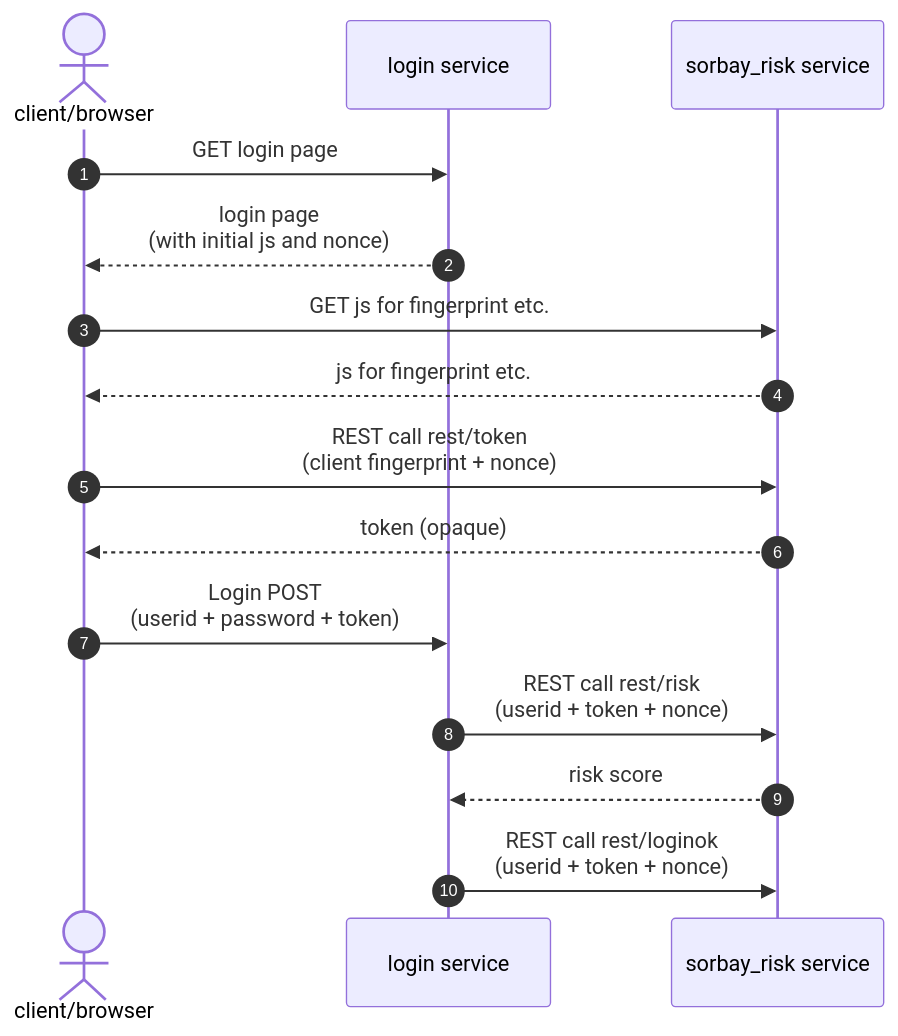
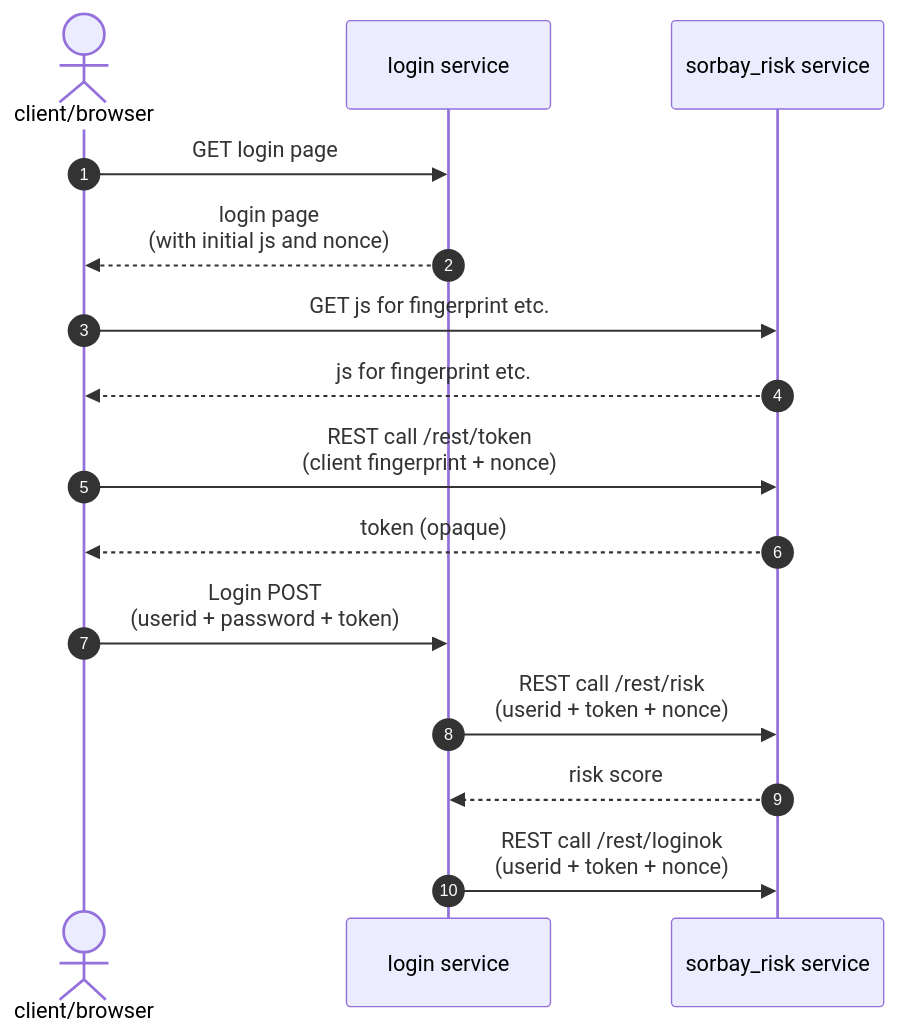
The diagram in docs/en/sorbay_risk_integration.md (sorbay/sorbay-documentation), drawn with Mermaid before and after one commit. The commit also changed other lines of this file, not shown here.

Commit message:
documenting risk service

````diff
--- a/docs/en/sorbay_risk_integration.md
+++ b/docs/en/sorbay_risk_integration.md
@@ -27,20 +27,20 @@
 ```mermaid
 sequenceDiagram
 
 autonumber
 
 actor client as client/browser
 participant login as login service
 participant risk as sorbay_risk service
 
 client ->> login: GET login page
 login -->> client: login page<br>(with initial js and nonce)
 client ->> risk: GET js for fingerprint etc.
 risk -->> client: js for fingerprint etc.
-client ->> risk: REST call rest/token<br>(client fingerprint + nonce)
+client ->> risk: REST call /rest/token<br>(client fingerprint + nonce)
 risk -->> client: token (opaque)
 client ->> login: Login POST<br>(userid + password + token)
-login ->> risk: REST call rest/risk<br>(userid + token + nonce)
+login ->> risk: REST call /rest/risk<br>(userid + token + nonce)
 risk -->> login: risk score
-login ->> risk: REST call rest/loginok<br>(userid + token + nonce)
+login ->> risk: REST call /rest/loginok<br>(userid + token + nonce)
 ```
````
